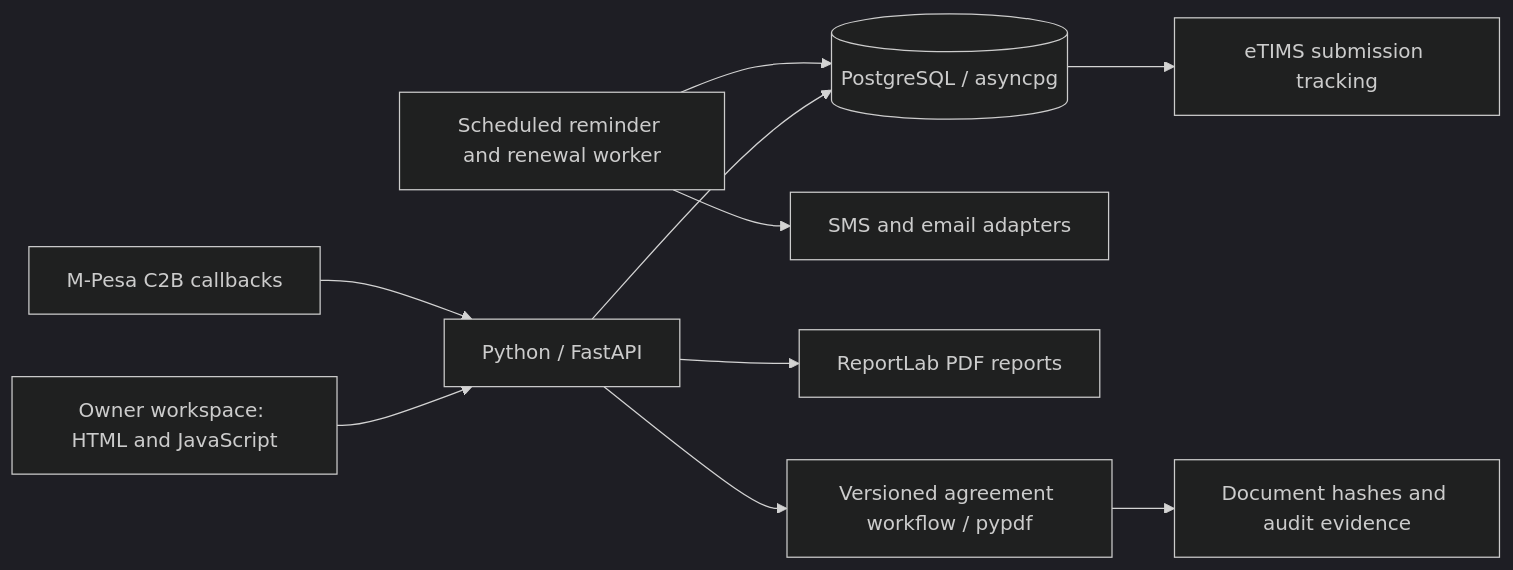
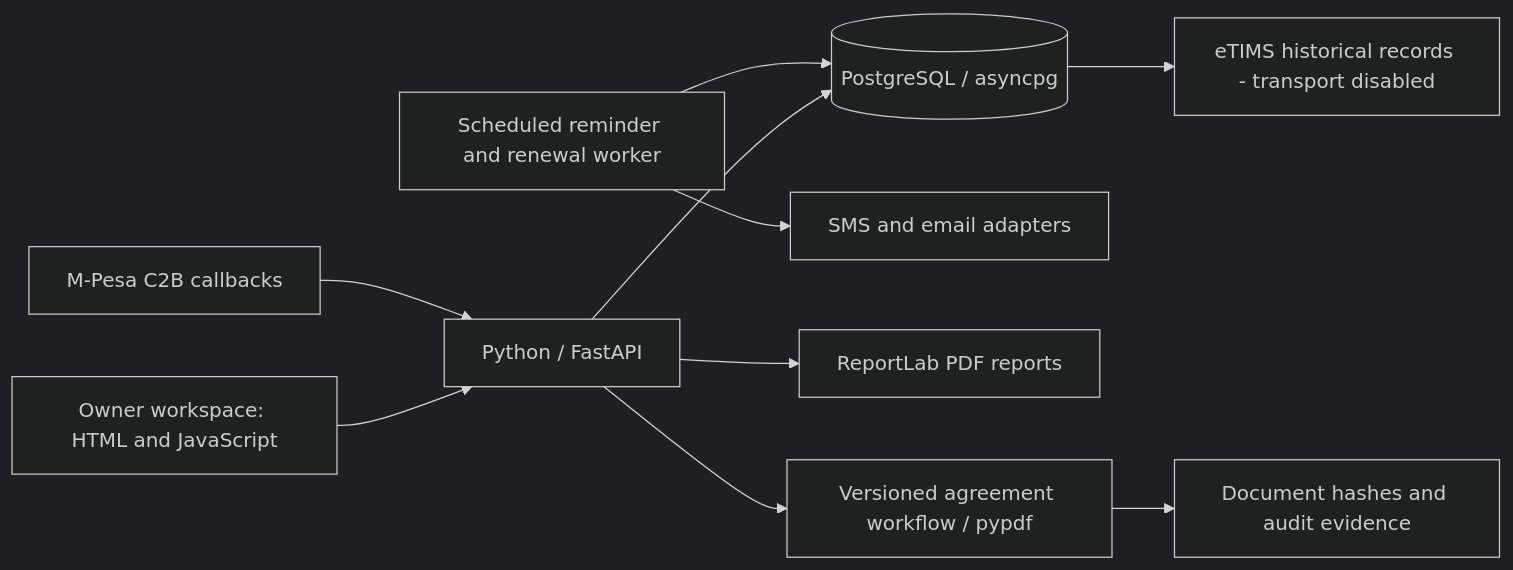
The diagram in README.md (Uwaziman1/nyumba-sole-property-management), drawn with Mermaid (dark theme) before and after one commit. The commit also changed other lines of this file and 7 other files, not shown here.

````diff
--- a/README.md
+++ b/README.md
@@ -34,12 +47,12 @@
 ```mermaid
 flowchart LR
     UI[Owner workspace: HTML and JavaScript] --> API[Python / FastAPI]
     API --> DB[(PostgreSQL / asyncpg)]
     Callbacks[M-Pesa C2B callbacks] --> API
     Jobs[Scheduled reminder and renewal worker] --> DB
     Jobs --> Delivery[SMS and email adapters]
     API --> Reports[ReportLab PDF reports]
     API --> Signing[Versioned agreement workflow / pypdf]
     Signing --> Evidence[Document hashes and audit evidence]
-    DB --> Outbox[eTIMS submission tracking]
+    DB --> Outbox[eTIMS historical records - transport disabled]
 ```
````
